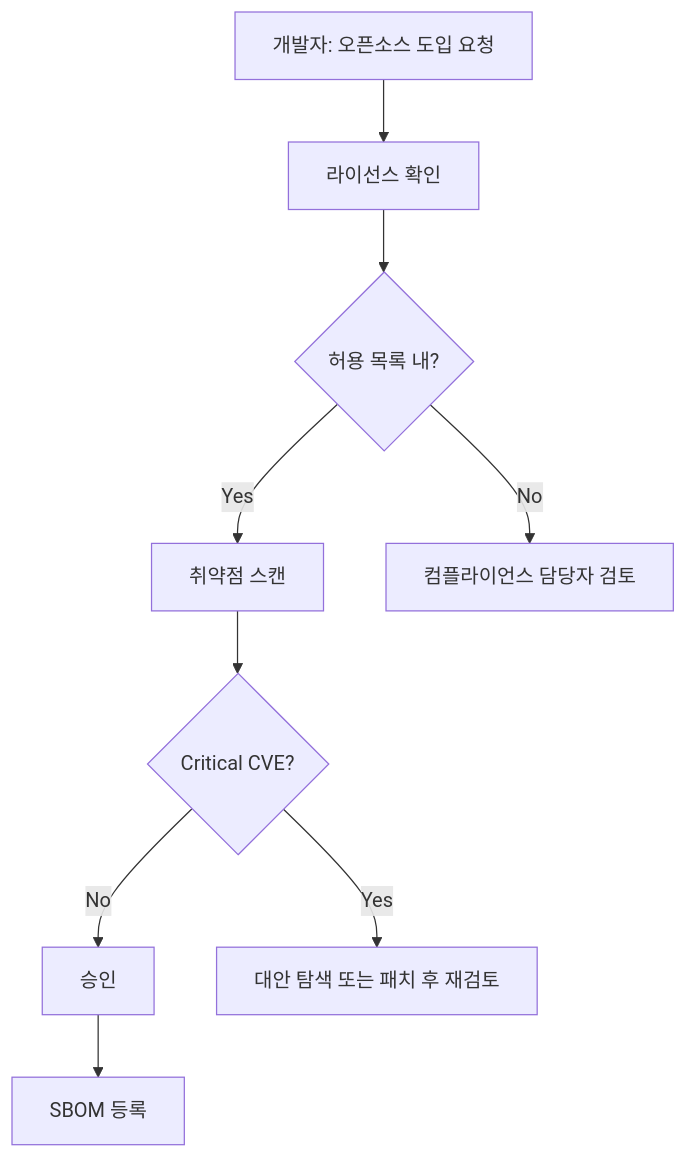
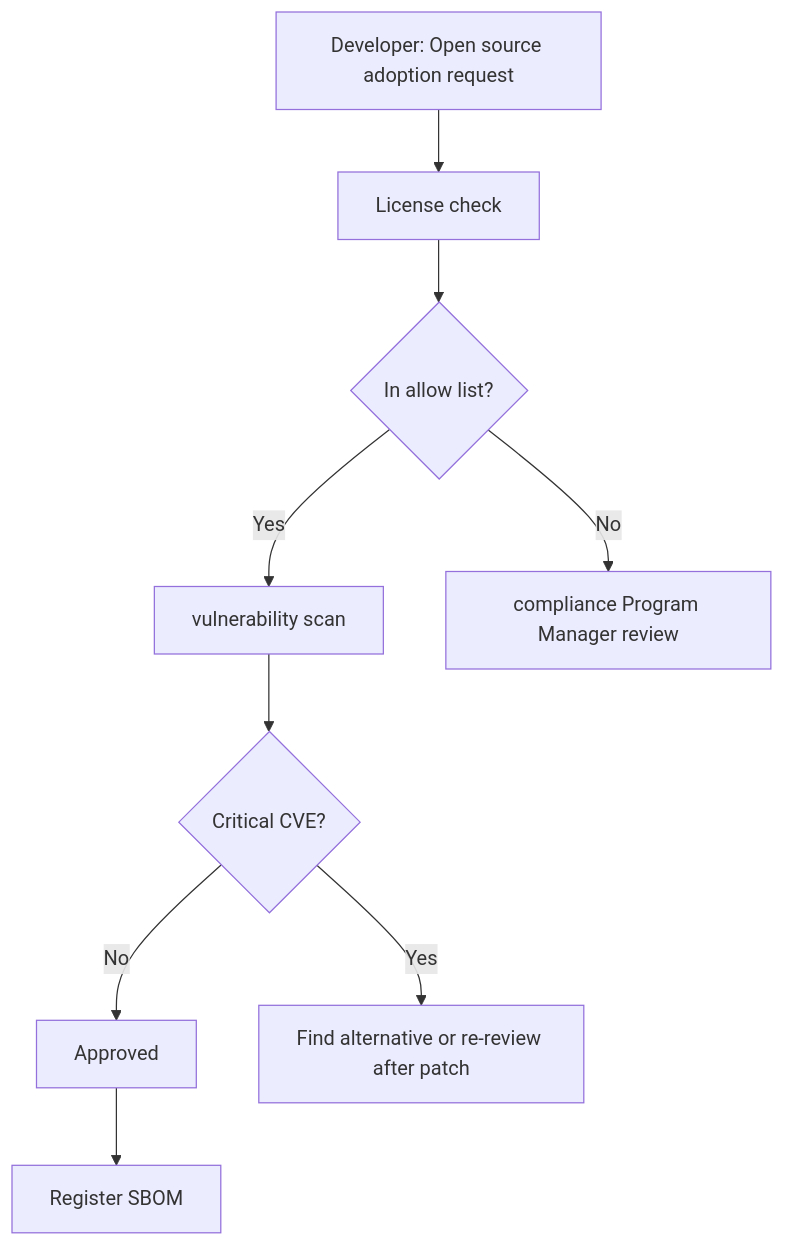
Before and after one commit to trustedoss/trustedoss.github.io: the second of 2 diagrams in website/i18n/en/docusaurus-plugin-content-docs/current/04-process/index.md, drawn with Mermaid. The commit also changed other lines of this file and 55 other files, not shown here.

````diff
--- a/website/i18n/en/docusaurus-plugin-content-docs/current/04-process/index.md
+++ b/website/i18n/en/docusaurus-plugin-content-docs/current/04-process/index.md
@@ -349,11 +349,11 @@
 ```mermaid
 flowchart TD
-    A[개발자: 오픈소스 도입 요청] --> B[라이선스 확인]
-    B --> C{허용 목록 내?}
-    C -->|Yes| D[취약점 스캔]
-    C -->|No| E[컴플라이언스 담당자 검토]
+    A[Developer: Open source adoption request] --> B[License check]
+    B --> C{In allow list?}
+    C -->|Yes| D[vulnerability scan]
+    C -->|No| E[compliance Program Manager review]
     D --> F{Critical CVE?}
-    F -->|No| G[승인]
-    F -->|Yes| H[대안 탐색 또는 패치 후 재검토]
-    G --> I[SBOM 등록]
+    F -->|No| G[Approved]
+    F -->|Yes| H[Find alternative or re-review after patch]
+    G --> I[Register SBOM]
 ```
````
